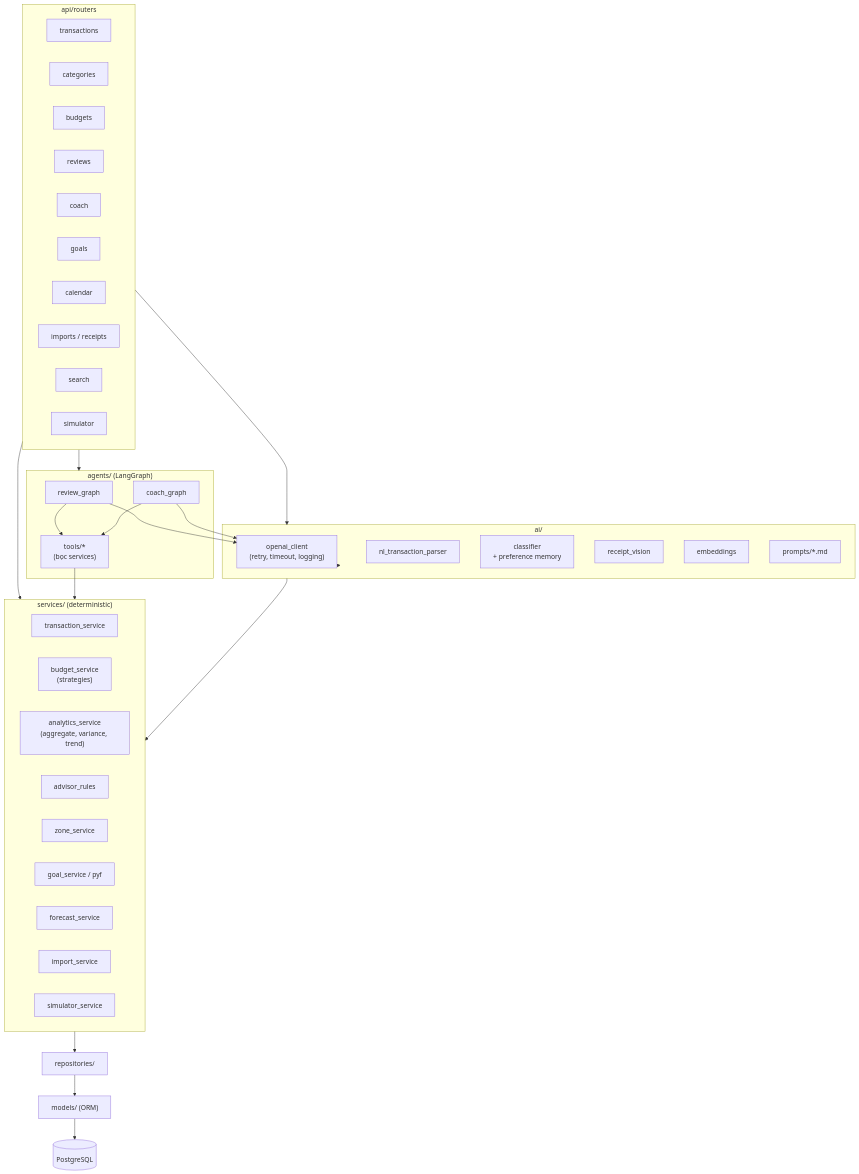
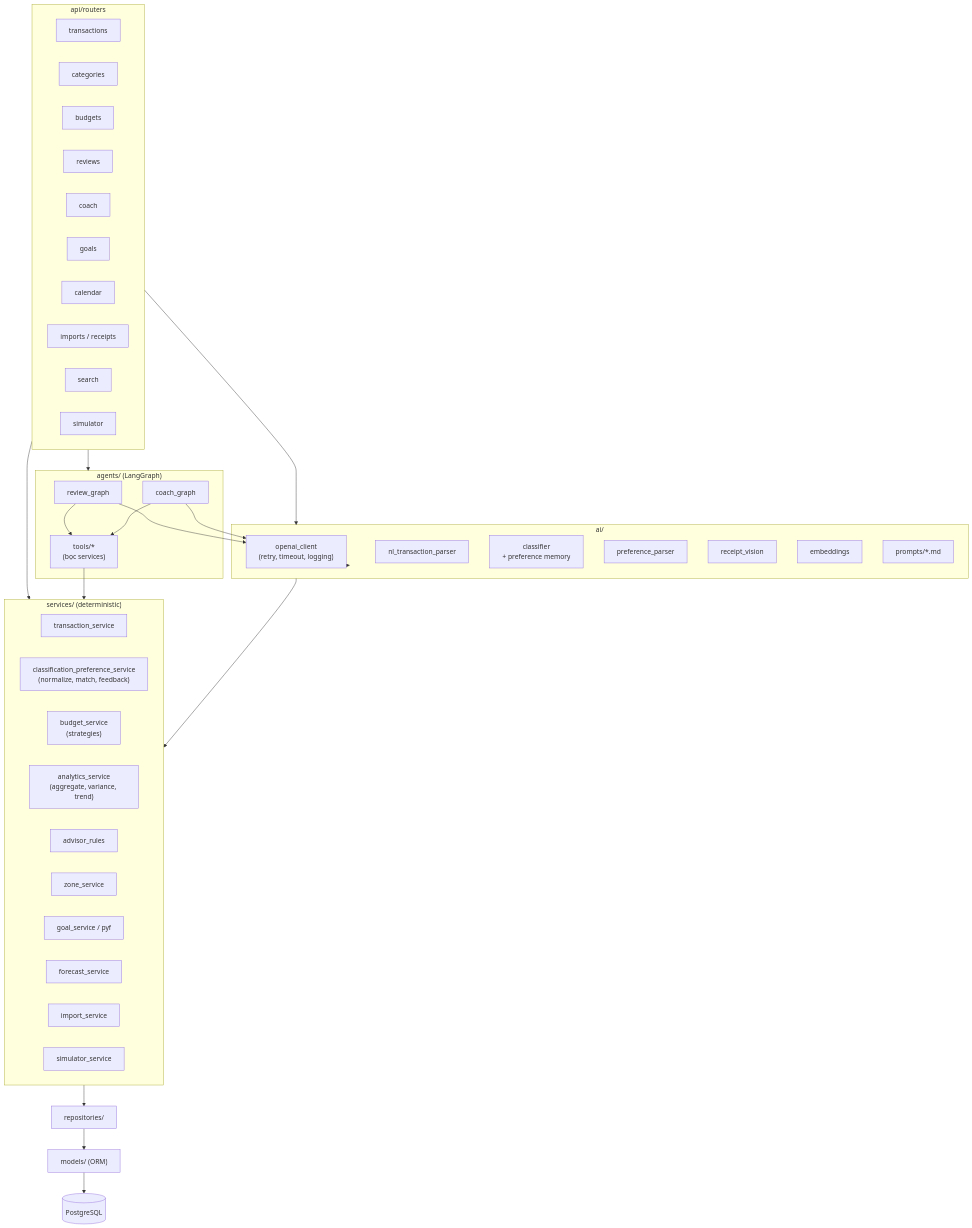
The diagram in docs/architecture/backend-components.md (dangbh96/AI-personal-finance-assistant), drawn with Mermaid before and after one commit. The commit also changed 41 other files, not shown here.

````diff
--- a/docs/architecture/backend-components.md
+++ b/docs/architecture/backend-components.md
@@ -5,58 +5,60 @@
 ```mermaid
 flowchart TB
     subgraph api ["api/routers"]
         r_tx["transactions"]
         r_cat["categories"]
         r_budget["budgets"]
         r_review["reviews"]
         r_coach["coach"]
         r_goal["goals"]
         r_cal["calendar"]
         r_imp["imports / receipts"]
         r_search["search"]
         r_sim["simulator"]
     end
 
     subgraph ai ["ai/"]
         client["openai_client<br/>(retry, timeout, logging)"]
         nlp["nl_transaction_parser"]
         cls["classifier<br/>+ preference memory"]
+        pref["preference_parser"]
         vis["receipt_vision"]
         emb["embeddings"]
         prompts["prompts/*.md"]
     end
 
     subgraph agents ["agents/ (LangGraph)"]
         g_review["review_graph"]
         g_coach["coach_graph"]
         tools["tools/*<br/>(bọc services)"]
     end
 
     subgraph services ["services/ (deterministic)"]
         s_tx["transaction_service"]
+        s_pref["classification_preference_service<br/>(normalize, match, feedback)"]
         s_budget["budget_service<br/>(strategies)"]
         s_analytics["analytics_service<br/>(aggregate, variance, trend)"]
         s_advisor["advisor_rules"]
         s_zone["zone_service"]
         s_goal["goal_service / pyf"]
         s_fc["forecast_service"]
         s_imp["import_service"]
         s_sim["simulator_service"]
     end
 
     repos["repositories/"]
     models["models/ (ORM)"]
     db[("PostgreSQL")]
 
     api --> services
     api --> ai
     api --> agents
     g_review --> tools
     g_coach --> tools
     tools --> services
     g_review --> client
     g_coach --> client
     ai --> client
     ai --> services
     services --> repos --> models --> db
 ```
````
